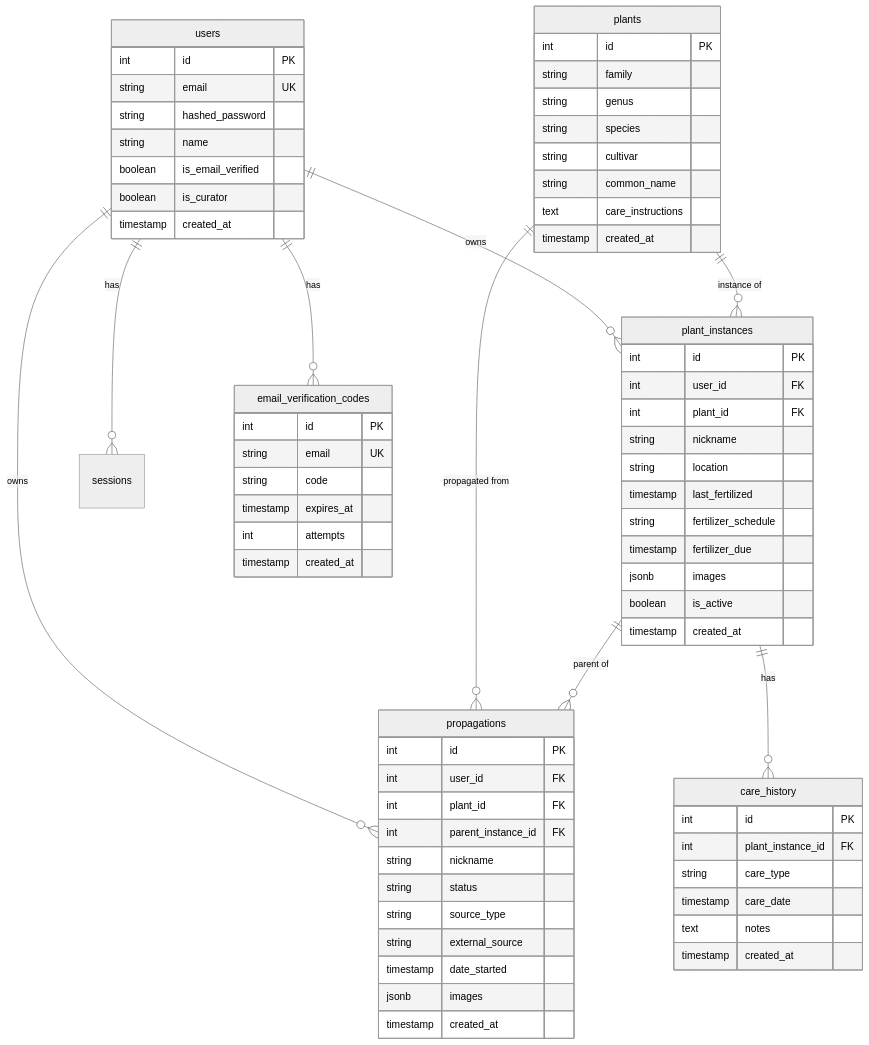
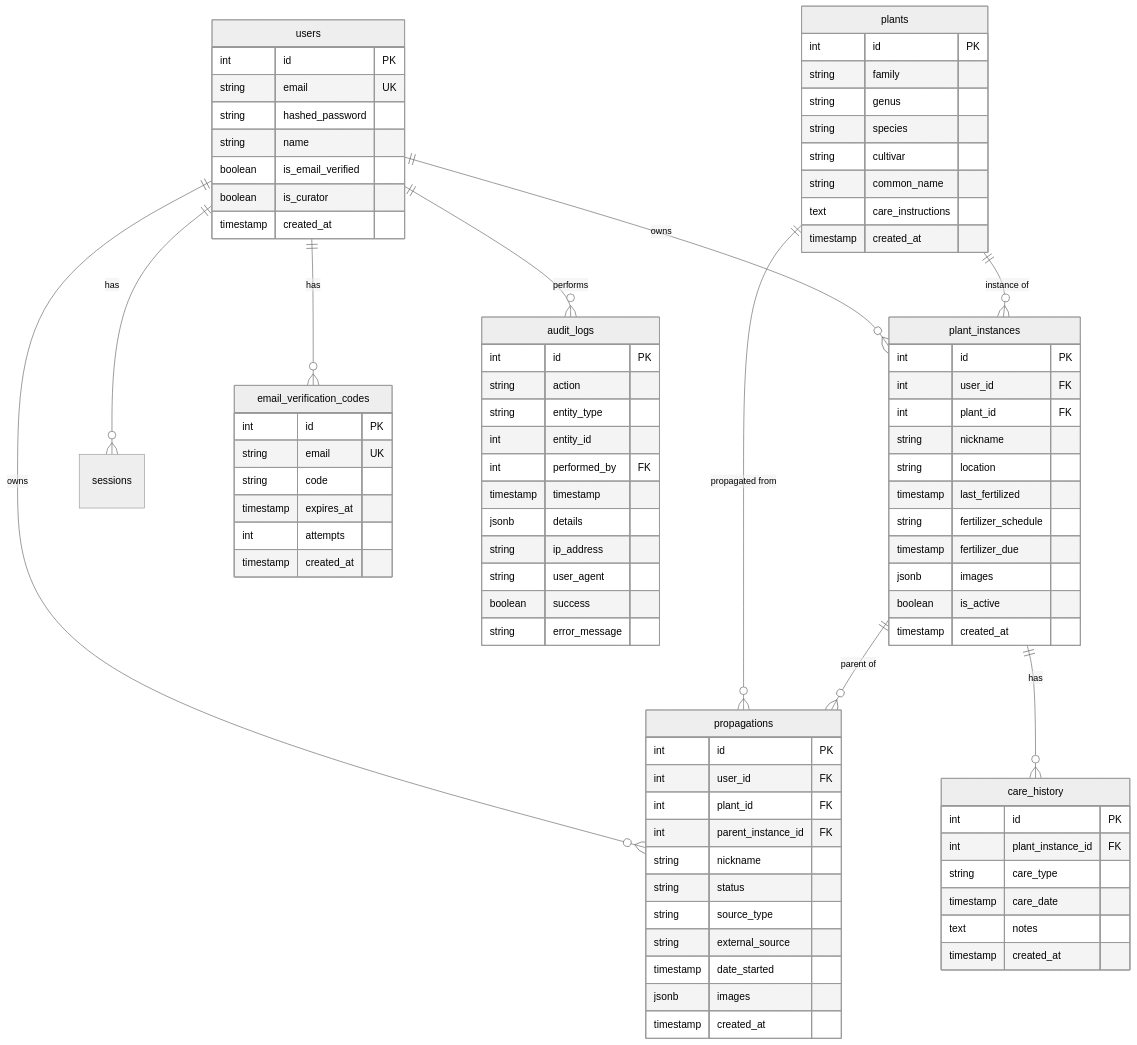
Before and after one commit to cloudagrapher/fancy-planties: the second of 7 diagrams in docs/ARCHITECTURE.md, drawn with Mermaid (neutral theme). The commit also changed other lines of this file and 23 other files, not shown here.

````diff
--- a/docs/ARCHITECTURE.md
+++ b/docs/ARCHITECTURE.md
@@ -222,6 +225,7 @@
     users ||--o{ propagations : owns
     users ||--o{ sessions : has
     users ||--o{ email_verification_codes : has
+    users ||--o{ audit_logs : performs
     plants ||--o{ plant_instances : "instance of"
     plants ||--o{ propagations : "propagated from"
     plant_instances ||--o{ propagations : "parent of"
@@ -293,4 +297,18 @@
         text notes
         timestamp created_at
     }
+
+    audit_logs {
+        int id PK
+        string action
+        string entity_type
+        int entity_id
+        int performed_by FK
+        timestamp timestamp
+        jsonb details
+        string ip_address
+        string user_agent
+        boolean success
+        string error_message
+    }
 ```
````
